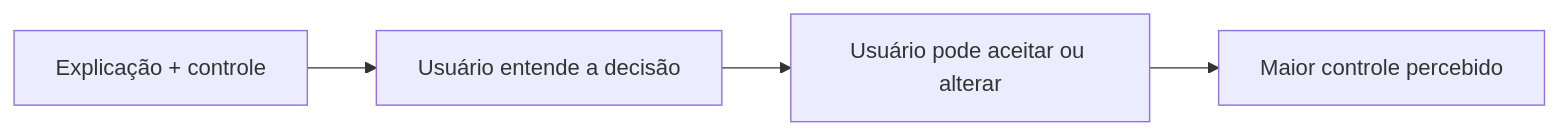
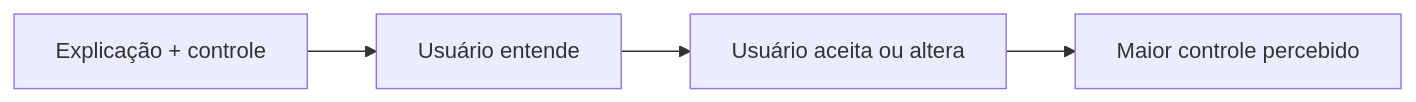
The fourth of 17 diagrams in portfolio.md (sanfergio/at-ux-infnet), drawn with Mermaid before and after one commit. The commit also changed other lines of this file, not shown here.

````diff
--- a/portfolio.md
+++ b/portfolio.md
@@ -163,6 +189,11 @@
 ```mermaid
 flowchart LR
-    A["Explicação + controle"] --> B["Usuário entende a decisão"]
-    B --> C["Usuário pode aceitar ou alterar"]
-    C --> D["Maior controle percebido"]
+    A["Explicação + controle"]
+    B["Usuário entende"]
+    C["Usuário aceita ou altera"]
+    D["Maior controle percebido"]
+
+    A --> B
+    B --> C
+    C --> D
 ```
````
